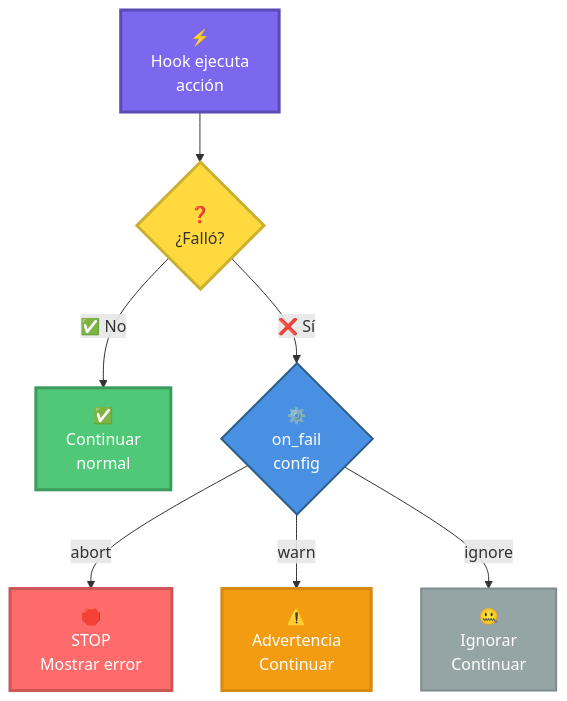
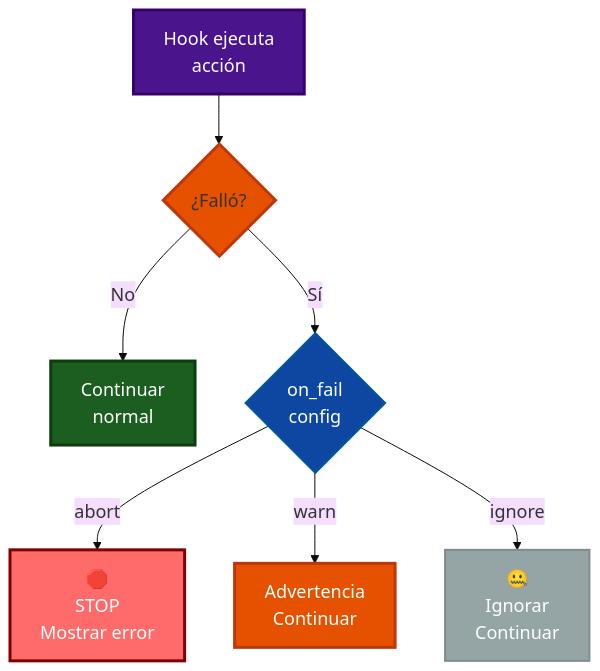
Before and after one commit to Ai-Whisperers/Courses-Content: the eighth of 16 diagrams in courses/🟡-development/FPUNA-2026/00-FUNDAMENTOS-PRINCIPALES/02-maestria-configuracion.md, drawn with Mermaid. The commit also changed other lines of this file and 47 other files, not shown here.

First line of the commit message:
fix: Make all 473 diagrams WCAG AAA accessible (FPUNA-2026)

````diff
--- a/courses/🟡-development/FPUNA-2026/00-FUNDAMENTOS-PRINCIPALES/02-maestria-configuracion.md
+++ b/courses/🟡-development/FPUNA-2026/00-FUNDAMENTOS-PRINCIPALES/02-maestria-configuracion.md
@@ -663,18 +670,19 @@
 ```mermaid
+%%{init: {'theme':'base', 'themeVariables': {'fontSize':'18px'}}}%%
 flowchart TD
-    Hook["⚡<br/>Hook ejecuta<br/>acción"] --> Check{"❓<br/>¿Falló?"}
-    Check -->|"✅ No"| Success["✅<br/>Continuar<br/>normal"]
-    Check -->|"❌ Sí"| OnFail{"⚙️<br/>on_fail<br/>config"}
+    Hook["Hook ejecuta<br/>acción"] --> Check{"¿Falló?"}
+    Check -->|"No"| Success["Continuar<br/>normal"]
+    Check -->|"Sí"| OnFail{"on_fail<br/>config"}
     
     OnFail -->|"abort"| Stop["🛑<br/>STOP<br/>Mostrar error"]
-    OnFail -->|"warn"| Warn["⚠️<br/>Advertencia<br/>Continuar"]
+    OnFail -->|"warn"| Warn["Advertencia<br/>Continuar"]
     OnFail -->|"ignore"| Ignore["🤐<br/>Ignorar<br/>Continuar"]
     
-    style Hook fill:#7B68EE,stroke:#5A4BB5,stroke-width:3px,color:#fff
-    style Check fill:#FFD93D,stroke:#CCB031,stroke-width:3px,color:#333
-    style Success fill:#50C878,stroke:#3A9B5C,stroke-width:3px,color:#fff
-    style Stop fill:#FF6B6B,stroke:#CC5555,stroke-width:3px,color:#fff
-    style Warn fill:#F39C12,stroke:#D68910,stroke-width:3px,color:#fff
+    style Hook fill:#4a148c,stroke:#38006b,stroke-width:3px,color:#fff
+    style Check fill:#e65100,stroke:#bf360c,stroke-width:3px,color:#333
+    style Success fill:#1b5e20,stroke:#0d3d0f,stroke-width:3px,color:#fff
+    style Stop fill:#FF6B6B,stroke:#7f0000,stroke-width:3px,color:#fff
+    style Warn fill:#e65100,stroke:#bf360c,stroke-width:3px,color:#fff
     style Ignore fill:#95A5A6,stroke:#7F8C8D,stroke-width:2px,color:#fff
-    style OnFail fill:#4A90E2,stroke:#2E5C8A,stroke-width:2px,color:#fff
+    style OnFail fill:#0d47a1,stroke:#01579b,stroke-width:2px,color:#fff
 ```
````
